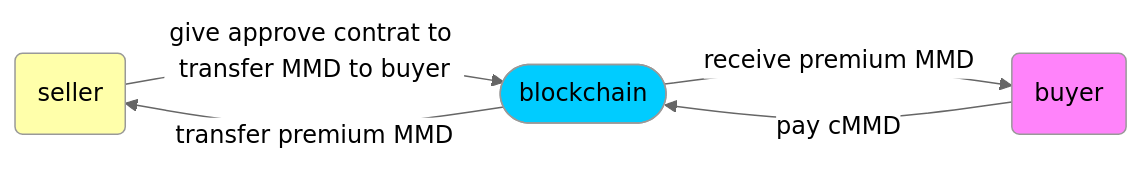
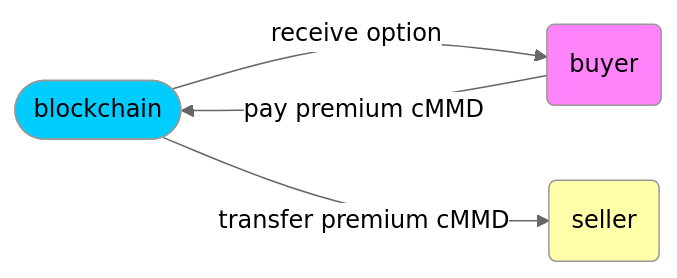
The second of 6 diagrams in README.md (Joe-Bradley/S_K), drawn with Mermaid (neutral theme) before and after one commit. The commit also changed other lines of this file and 33 other files, not shown here.

````diff
--- a/README.md
+++ b/README.md
@@ -29,11 +23,10 @@
 ```mermaid
 graph LR
-a(seller):::class1 --> |give approve contrat to transfer MMD to buyer|b([blockchain]):::class2
-b --> |receive premium MMD|c(buyer):::class4
-c-->|pay cMMD|b
-b -->|transfer premium MMD|a(seller):::class1
+b([blockchain]):::class2 --> |receive option|c(buyer):::class4
+c-->|pay premium cMMD|b
+b -->|transfer premium cMMD|a(seller):::class1
 classDef class1 fill:#ffaf;
 classDef class2 fill:#00ccff;
 classDef class3 fill:#ffe7ba;
 classDef class4 fill:#ff83fa;
 ```
````
